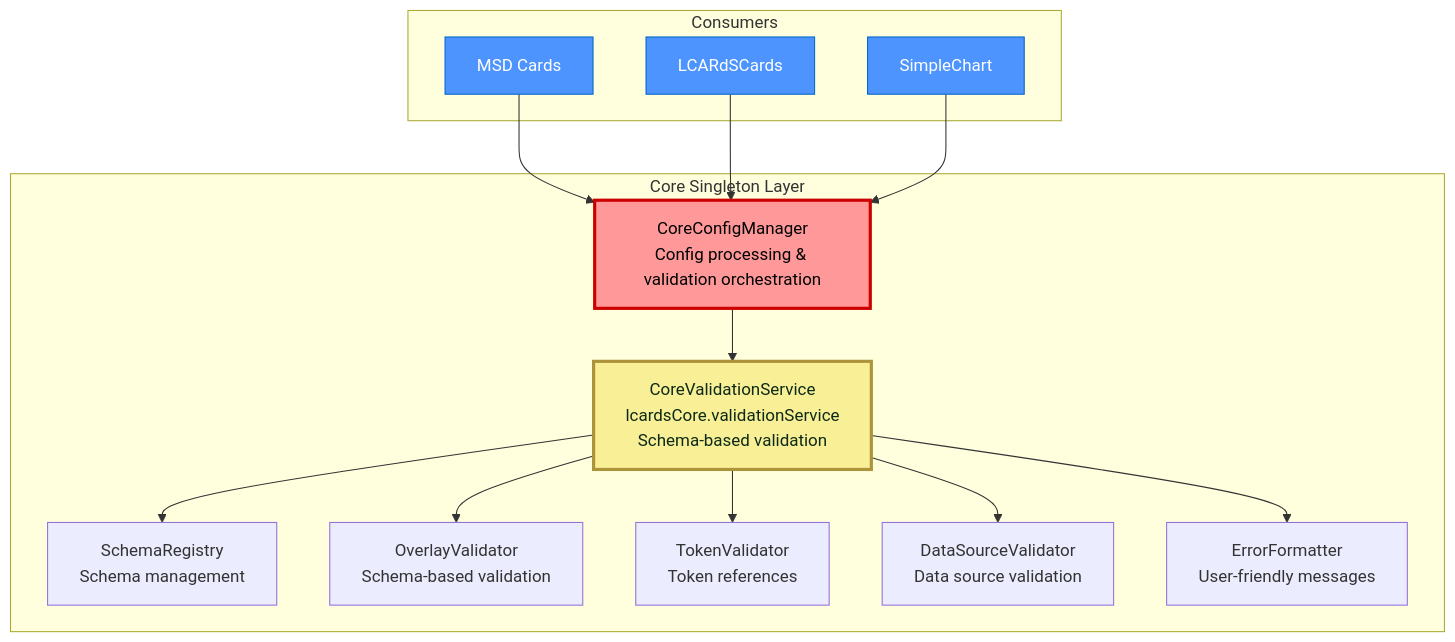
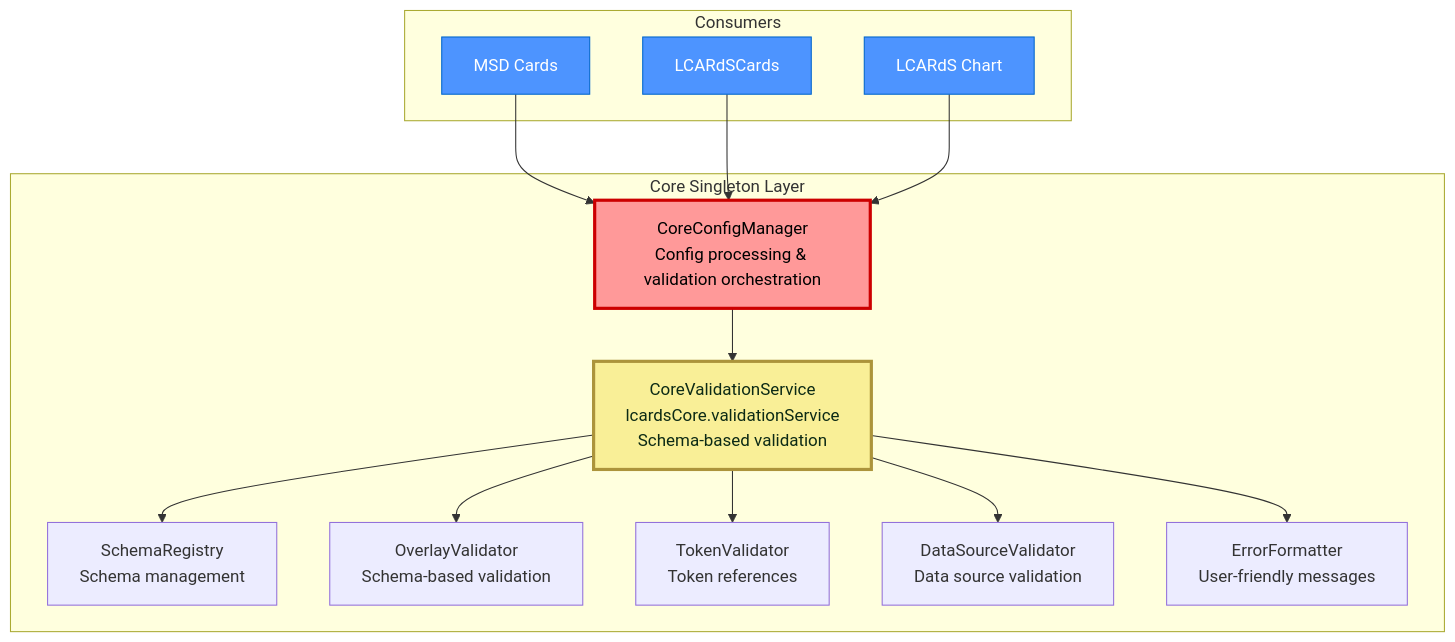
One commit to snootched/lcards changed the first of 2 diagrams in doc/architecture/subsystems/validation-system.md. Above: the diagram before and after it, drawn with Mermaid. The commit also changed other lines of this file and 22 other files, not shown here.

````diff
--- a/doc/architecture/subsystems/validation-system.md
+++ b/doc/architecture/subsystems/validation-system.md
@@ -45,36 +45,36 @@
 ```mermaid
 graph TB
     subgraph "Core Singleton Layer"
         CCM[CoreConfigManager<br/>Config processing & validation orchestration]
         CVS[CoreValidationService<br/>lcardsCore.validationService<br/>Schema-based validation]
         SR[SchemaRegistry<br/>Schema management]
         OV[OverlayValidator<br/>Schema-based validation]
         TV[TokenValidator<br/>Token references]
         DSV[DataSourceValidator<br/>Data source validation]
         EF[ErrorFormatter<br/>User-friendly messages]
     end
 
     subgraph "Consumers"
         MSD[MSD Cards]
         SC[LCARdSCards]
-        SCH[SimpleChart]
+        SCH[LCARdS Chart]
     end
 
     MSD --> CCM
     SC --> CCM
     SCH --> CCM
 
     CCM --> CVS
 
     CVS --> SR
     CVS --> OV
     CVS --> TV
     CVS --> DSV
     CVS --> EF
 
     style CCM fill:#ff9999,stroke:#cc0000,stroke-width:3px,color:#000
     style CVS fill:#f9ef97,stroke:#ac943b,stroke-width:3px,color:#0c2a15
     style MSD fill:#4d94ff,stroke:#0066cc,color:#fff
     style SC fill:#4d94ff,stroke:#0066cc,color:#fff
     style SCH fill:#4d94ff,stroke:#0066cc,color:#fff
 ```
````
